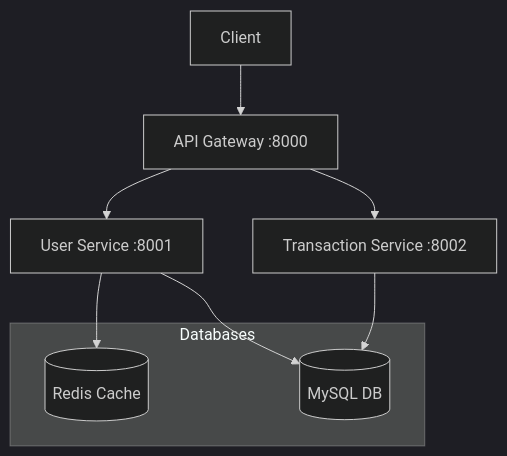
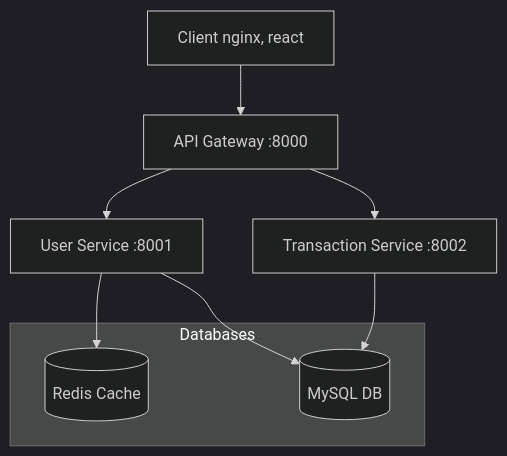
One commit to HyWChoi/cloud-native-- changed the diagram in README.md. Above: the diagram before and after it, drawn with Mermaid (dark theme). The commit also changed other lines of this file, not shown here.

````diff
--- a/README.md
+++ b/README.md
@@ -8,15 +8,15 @@
 ```mermaid
 graph TB
-    Client[Client] --> Gateway[API Gateway :8000]
+    Client[Client nginx, react] --> Gateway[API Gateway :8000]
     Gateway --> US[User Service :8001]
     Gateway --> TS[Transaction Service :8002]
     
     subgraph Databases
       Redis[(Redis Cache)]
       MySQL[(MySQL DB)]
     end
     
     US --> Redis
     US --> MySQL
     TS --> MySQL
 ```
````
